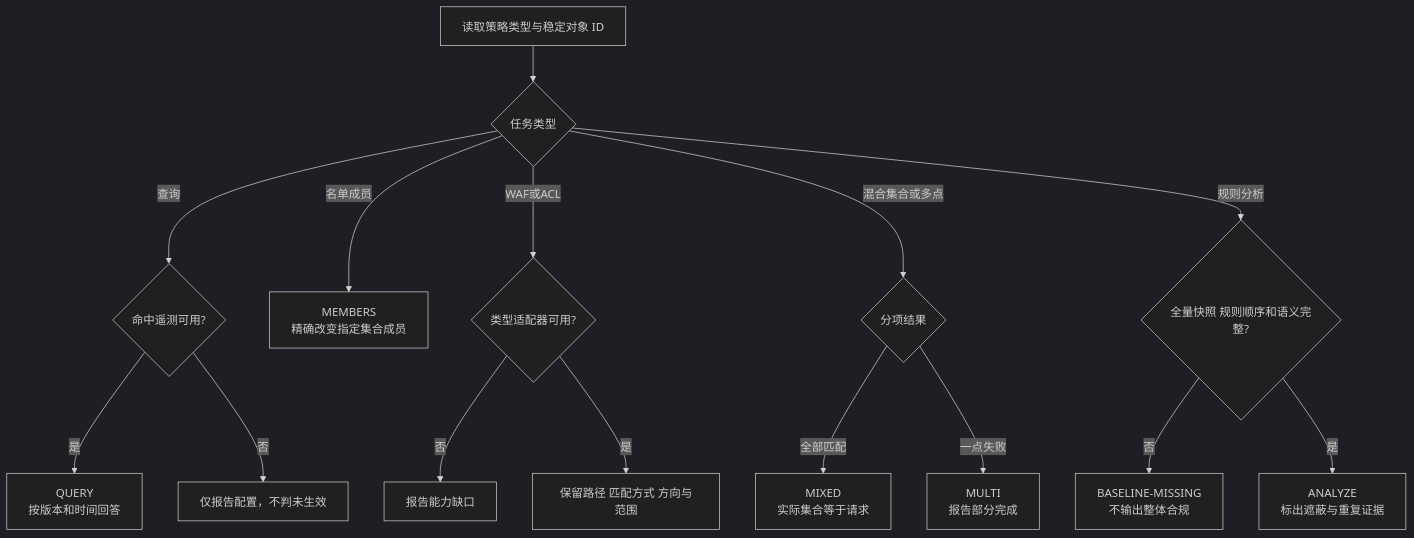
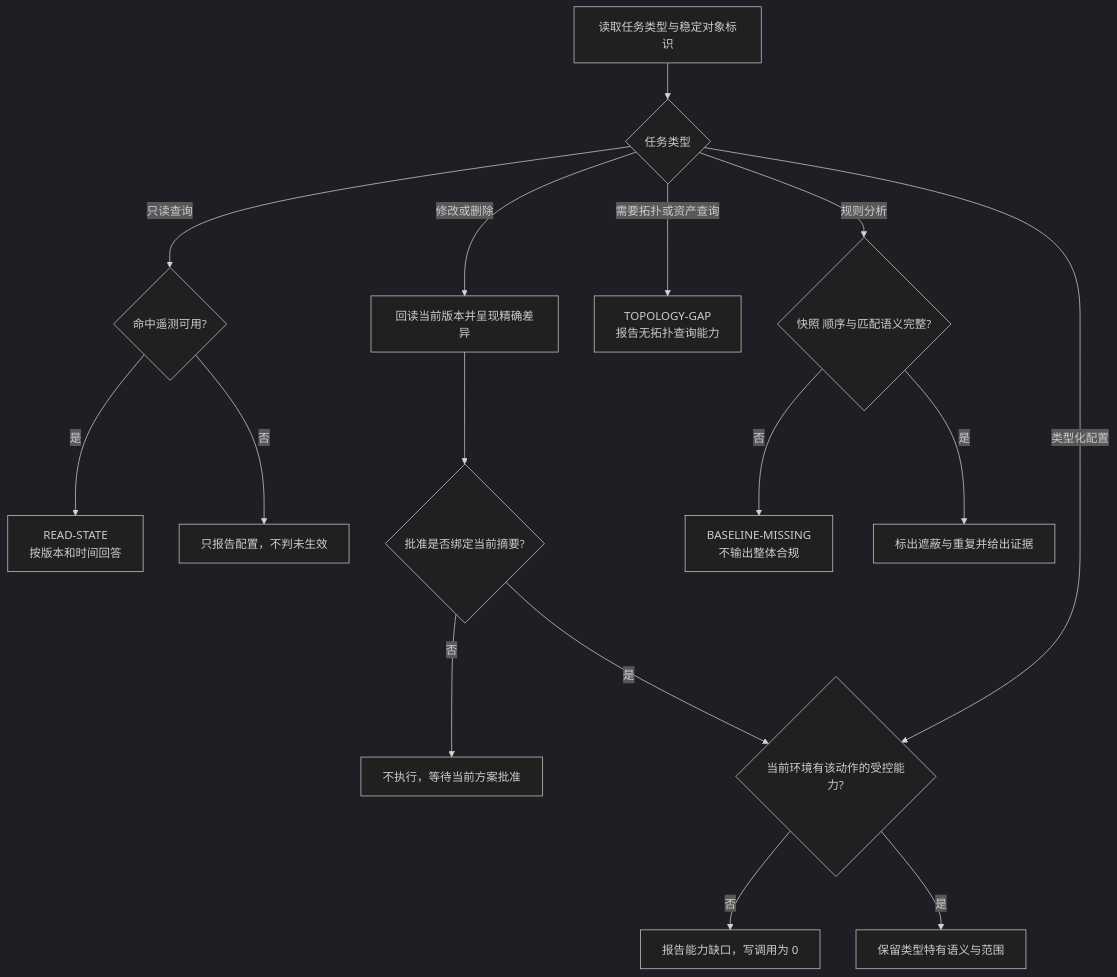
Before and after one commit to wr5912/ai-agent-harness: diagram 14 of 16 in agents/security-operations-expert/evaluation.md, drawn with Mermaid (dark theme). The commit also changed other lines of this file and 1 other file, not shown here.

````diff
--- a/agents/security-operations-expert/evaluation.md
+++ b/agents/security-operations-expert/evaluation.md
@@ -465,17 +511,18 @@
 ```mermaid
 flowchart TD
-    START[读取策略类型与稳定对象 ID] --> MODE{任务类型}
-    MODE -- 查询 --> TELEMETRY{命中遥测可用?}
-    TELEMETRY -- 是 --> QUERY[QUERY<br/>按版本和时间回答]
-    TELEMETRY -- 否 --> QUERY_GAP[仅报告配置，不判未生效]
-    MODE -- 名单成员 --> MEMBERS[MEMBERS<br/>精确改变指定集合成员]
-    MODE -- WAF或ACL --> ADAPTER{类型适配器可用?}
-    ADAPTER -- 否 --> CAPABILITY_GAP[报告能力缺口]
-    ADAPTER -- 是 --> TYPED[保留路径 匹配方式 方向与范围]
-    MODE -- 混合集合或多点 --> RESULT{分项结果}
-    RESULT -- 全部匹配 --> EXACT[MIXED<br/>实际集合等于请求]
-    RESULT -- 一点失败 --> PARTIAL[MULTI<br/>报告部分完成]
-    MODE -- 规则分析 --> SNAPSHOT{全量快照 规则顺序和语义完整?}
+    START[读取任务类型与稳定对象标识] --> MODE{任务类型}
+    MODE -- 只读查询 --> TELEMETRY{命中遥测可用?}
+    TELEMETRY -- 是 --> READ_OK[READ-STATE<br/>按版本和时间回答]
+    TELEMETRY -- 否 --> READ_GAP[只报告配置，不判未生效]
+    MODE -- 修改或删除 --> DIFF[回读当前版本并呈现精确差异]
+    DIFF --> STALE{批准是否绑定当前摘要?}
+    STALE -- 否 --> WAIT[不执行，等待当前方案批准]
+    STALE -- 是 --> CAP{当前环境有该动作的受控能力?}
+    MODE -- 类型化配置 --> CAP
+    MODE -- 需要拓扑或资产查询 --> TOPO_GAP[TOPOLOGY-GAP<br/>报告无拓扑查询能力]
+    CAP -- 否 --> GAP[报告能力缺口，写调用为 0]
+    CAP -- 是 --> TYPED[保留类型特有语义与范围]
+    MODE -- 规则分析 --> SNAPSHOT{快照 顺序与匹配语义完整?}
     SNAPSHOT -- 否 --> BASELINE_GAP[BASELINE-MISSING<br/>不输出整体合规]
-    SNAPSHOT -- 是 --> ANALYZE[ANALYZE<br/>标出遮蔽与重复证据]
+    SNAPSHOT -- 是 --> ANALYZE[标出遮蔽与重复并给出证据]
 ```
````
